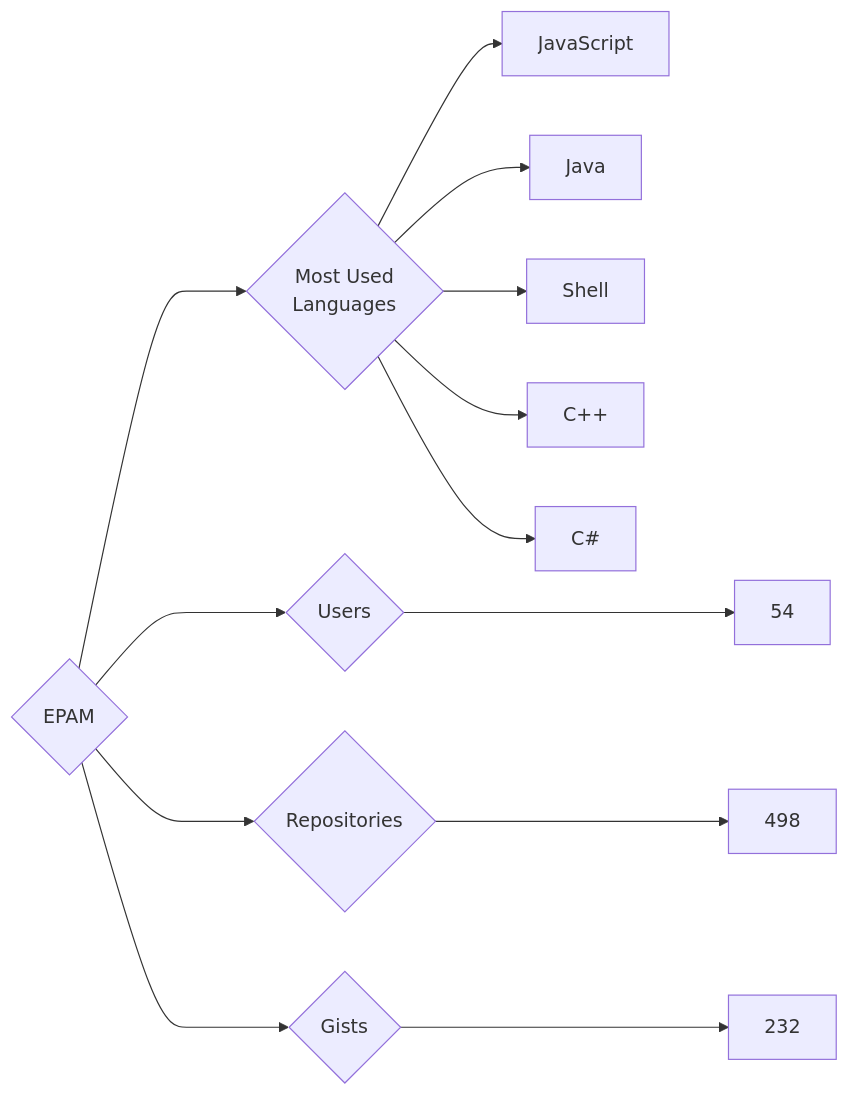
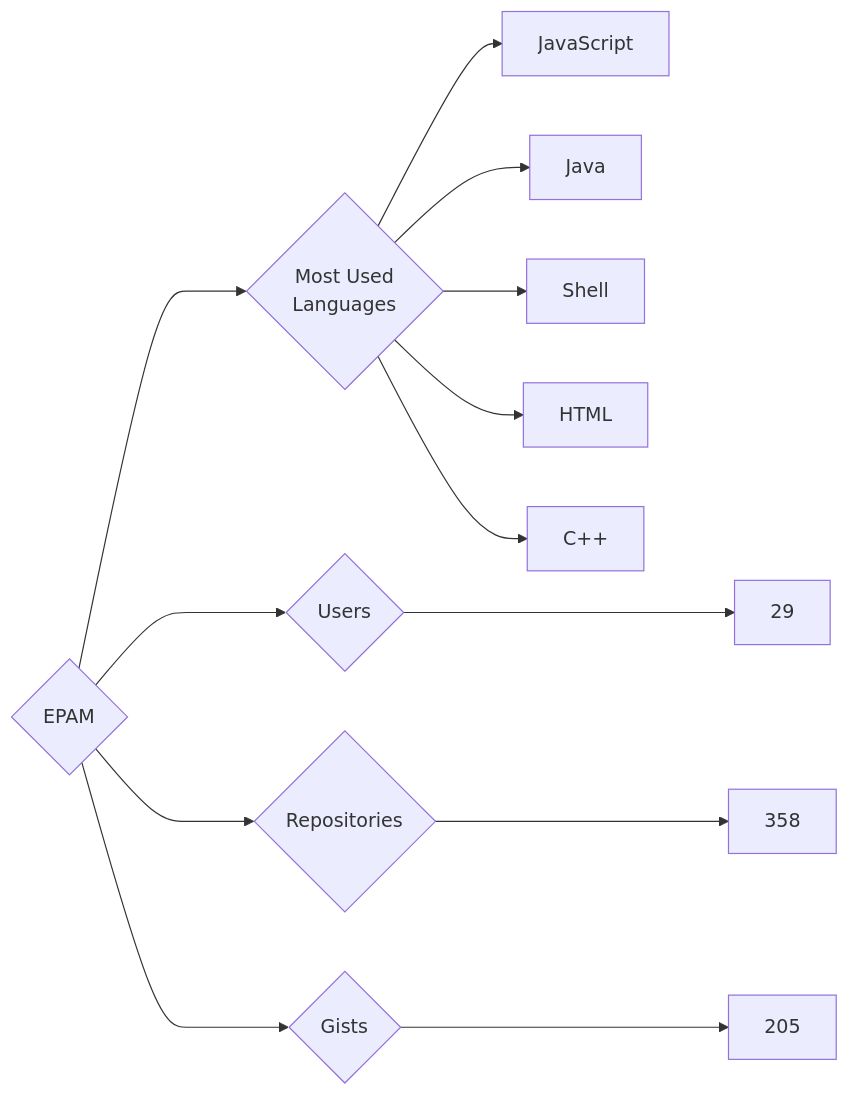
One commit to trickest/insiders changed the diagram in targets/EPAM/README.md. Above: the diagram before and after it, drawn with Mermaid. The commit also changed 679 other files, not shown here.

````diff
--- a/targets/EPAM/README.md
+++ b/targets/EPAM/README.md
@@ -3,13 +3,13 @@
 ```mermaid
 graph LR
 COMPANY_NAME{EPAM}
-COMPANY_NAME ---> U{Users} ---> UN[54]
-COMPANY_NAME ---> R{Repositories} ---> RN[498]
-COMPANY_NAME ---> G{Gists} ---> GN[232]
+COMPANY_NAME ---> U{Users} ---> UN[29]
+COMPANY_NAME ---> R{Repositories} ---> RN[358]
+COMPANY_NAME ---> G{Gists} ---> GN[205]
 COMPANY_NAME ---> ML{Most Used<br>Languages}
 ML --> JavaScript[JavaScript]
 ML --> Java[Java]
 ML --> Shell[Shell]
+ML --> HTML[HTML]
 ML --> C++[C++]
-ML --> C#[C#]
 ```
````
